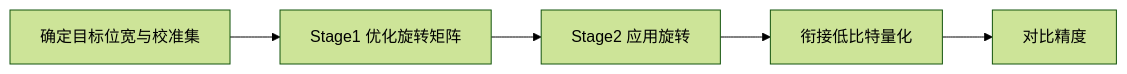
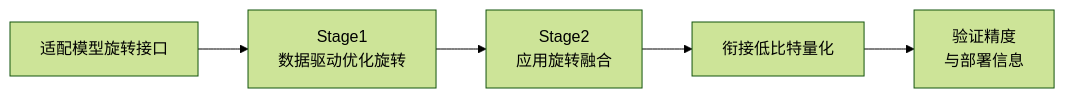
Before and after one commit to mindstudio-docs/master: the diagram in msmodelslim/docs/zh/knowledge_base/quantization_algorithms/adapt_rotation/usage_adapt_rotation.md, drawn with Mermaid (forest theme). The commit also changed other lines of this file and 235 other files, not shown here.

````diff
--- a/msmodelslim/docs/zh/knowledge_base/quantization_algorithms/adapt_rotation/usage_adapt_rotation.md
+++ b/msmodelslim/docs/zh/knowledge_base/quantization_algorithms/adapt_rotation/usage_adapt_rotation.md
@@ -24,7 +28,7 @@
 ```mermaid
 flowchart LR
-    A[确定目标位宽与校准集] --> B[Stage1 优化旋转矩阵]
-    B[Stage1 优化旋转矩阵] --> C[Stage2 应用旋转]
-    C[Stage2 应用旋转] --> D[衔接低比特量化]
-    D[衔接低比特量化] --> E[对比精度]
+    A[适配模型旋转接口] --> B[Stage1<br/>数据驱动优化旋转]
+    B --> C[Stage2<br/>应用旋转融合]
+    C --> D[衔接低比特量化]
+    D --> E[验证精度<br/>与部署信息]
 ```
````
